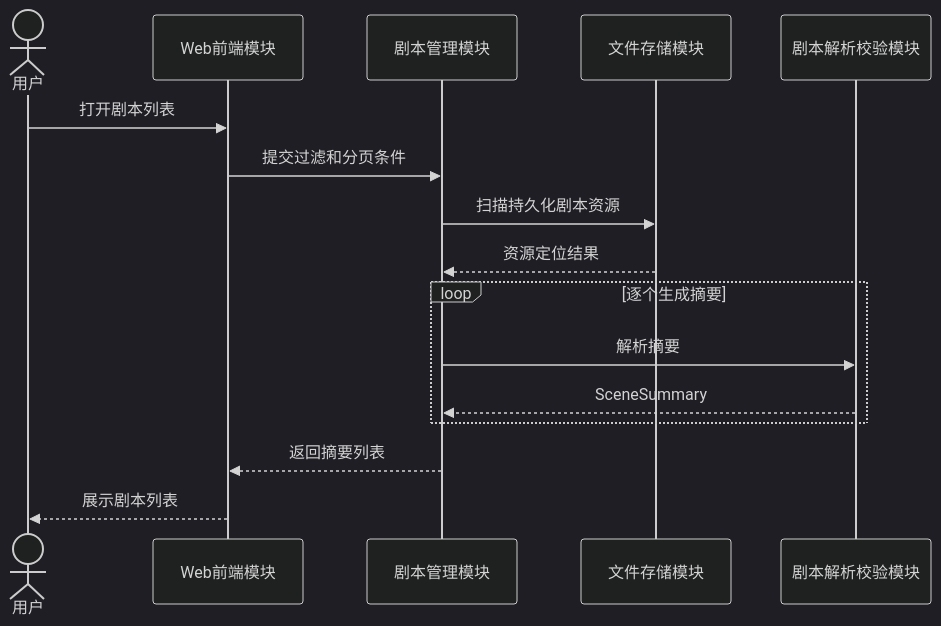
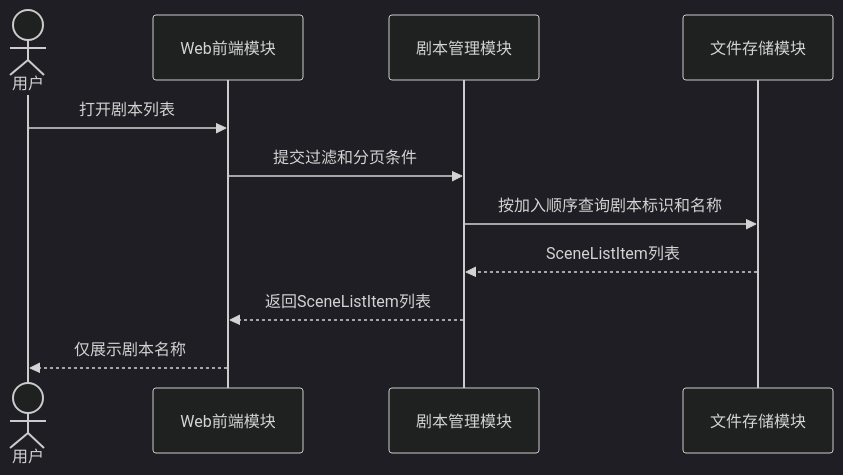
Before and after one commit to RIVERS0FT/AgentNetwork: the sixth of 6 diagrams in docs/剧本管理设计.md, drawn with Mermaid (dark theme). The commit also changed other lines of this file, not shown here.

Commit message:
docs: separate scene name list from scene details

````diff
--- a/docs/剧本管理设计.md
+++ b/docs/剧本管理设计.md
@@ -360,19 +372,14 @@
 ```mermaid
 sequenceDiagram
     actor User as 用户
     participant Web as Web前端模块
     participant SceneMgr as 剧本管理模块
     participant Store as 文件存储模块
-    participant Parser as 剧本解析校验模块
 
     User->>Web: 打开剧本列表
     Web->>SceneMgr: 提交过滤和分页条件
-    SceneMgr->>Store: 扫描持久化剧本资源
-    Store-->>SceneMgr: 资源定位结果
-    loop 逐个生成摘要
-        SceneMgr->>Parser: 解析摘要
-        Parser-->>SceneMgr: SceneSummary
-    end
-    SceneMgr-->>Web: 返回摘要列表
-    Web-->>User: 展示剧本列表
+    SceneMgr->>Store: 按加入顺序查询剧本标识和名称
+    Store-->>SceneMgr: SceneListItem列表
+    SceneMgr-->>Web: 返回SceneListItem列表
+    Web-->>User: 仅展示剧本名称
 ```
````
